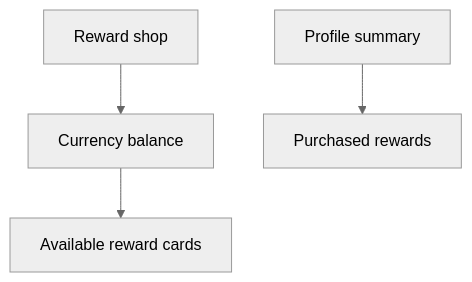
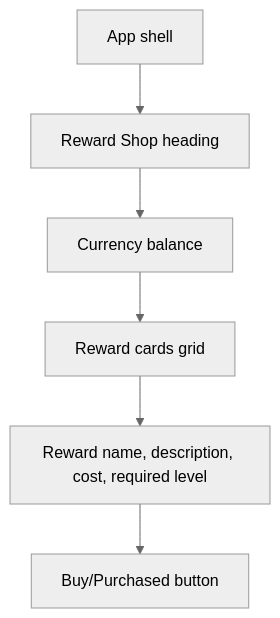
The fourth of 5 diagrams in docs/diagrams/gui-wireframes.md (Promatheusz/habit-tracker), drawn with Mermaid (neutral theme) before and after one commit. The commit also changed other lines of this file and 29 other files, not shown here.

````diff
--- a/docs/diagrams/gui-wireframes.md
+++ b/docs/diagrams/gui-wireframes.md
@@ -51,12 +75,15 @@
 ```mermaid
 flowchart TB
-    shop["Reward shop"]
+    shell["App shell"]
+    heading["Reward Shop heading"]
     balance["Currency balance"]
-    cards["Available reward cards"]
-    profile["Profile summary"]
-    purchased["Purchased rewards"]
+    rewards["Reward cards grid"]
+    card["Reward name, description, cost, required level"]
+    buy["Buy/Purchased button"]
 
-    shop --> balance
-    balance --> cards
-    profile --> purchased
+    shell --> heading
+    heading --> balance
+    balance --> rewards
+    rewards --> card
+    card --> buy
 ```
````
